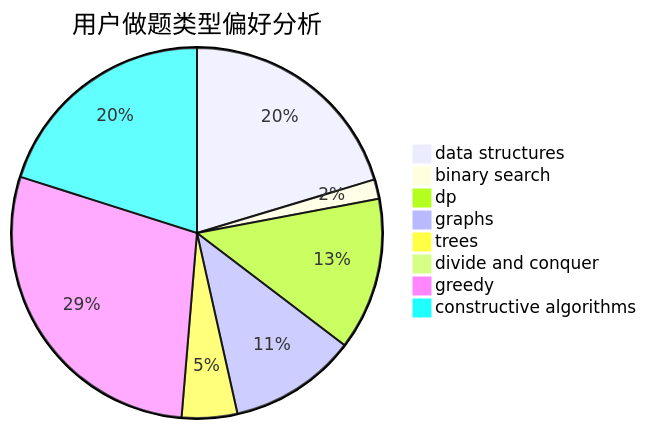
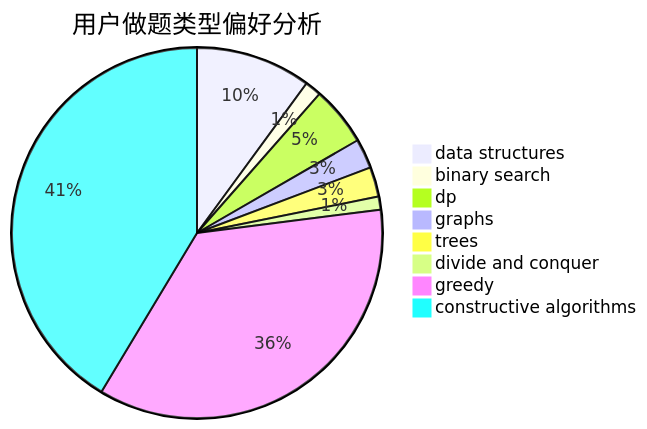
The second of 3 diagrams in docs/user/u416.md (sherpahu/cfrs.github.io), drawn with Mermaid before and after one commit. The commit also changed other lines of this file and 2770 other files, not shown here.

````diff
--- a/docs/user/u416.md
+++ b/docs/user/u416.md
@@ -23,11 +23,11 @@
 ```mermaid
 pie title 用户做题类型偏好分析
-    "data structures" :  84
-    "binary search" :  7
-    "dp" :  55
-    "graphs" :  46
-    "trees" :  20
-    "divide and conquer" :  0
-    "greedy" :  118
-    "constructive algorithms" :  83
+    "data structures" :  35
+    "binary search" :  5
+    "dp" :  18
+    "graphs" :  9
+    "trees" :  9
+    "divide and conquer" :  4
+    "greedy" :  124
+    "constructive algorithms" :  144
 ```
````
